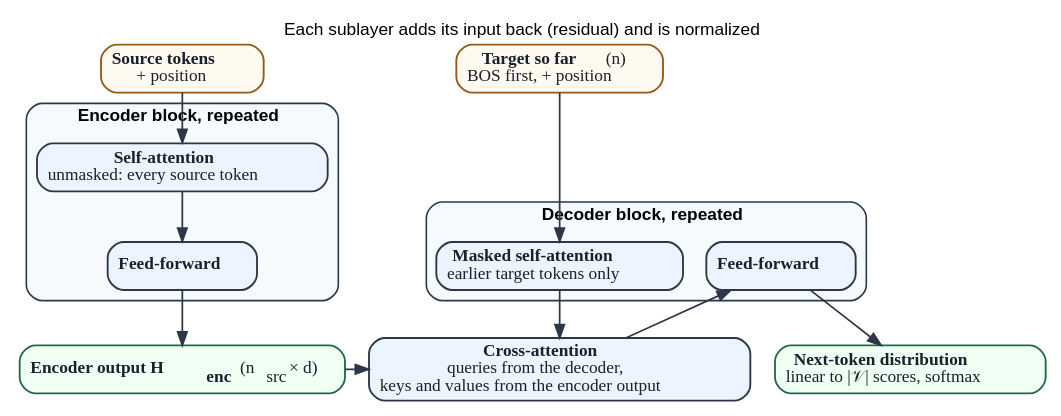
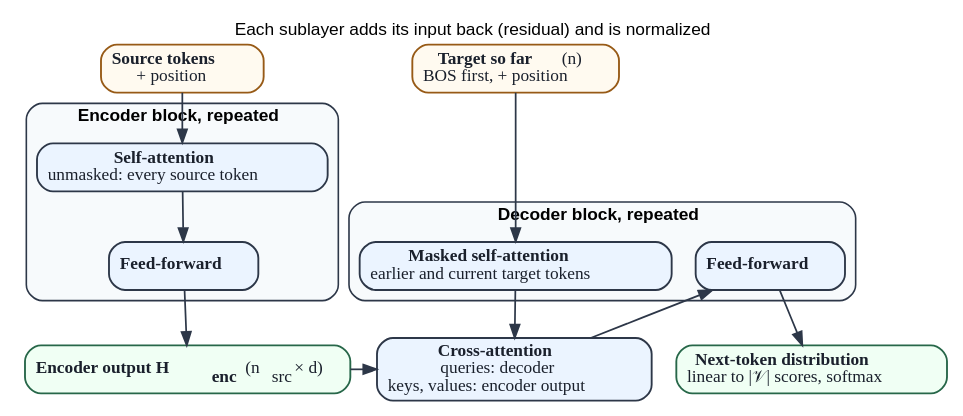
Before and after one commit to Beaker12/llmatlas: the diagram in chapters/01-foundations/figures/encoder_decoder.dot, drawn with Graphviz. The commit also changed 22 other files, not shown here.

Commit message:
Chapter 1 figures: full-size subscripts, larger displayed text, cross-attention box inside its frame, decoder masks as two grids, word-frequency labels match the caption, position-cost legend clear of the data

```diff
--- a/chapters/01-foundations/figures/encoder_decoder.dot
+++ b/chapters/01-foundations/figures/encoder_decoder.dot
@@ -1,29 +1,29 @@
 digraph EncoderDecoder {
     graph [fontname="Arial" fontsize=13 bgcolor=white label=<Each sublayer adds its input back (residual) and is normalized> labelloc=t];
 
     src [label=<<b>Source tokens</b><br/>+ position> shape=box style="rounded,filled" fillcolor="#fffaf0" color="#975a16" penwidth=1.4 fontsize=13 fontcolor="#1a202c"];
     tgt [label=<<b>Target so far</b> (n)<br/>BOS first, + position> shape=box style="rounded,filled" fillcolor="#fffaf0" color="#975a16" penwidth=1.4 fontsize=13 fontcolor="#1a202c"];
     { rank=same; src; tgt; }
     subgraph cluster_enc {
         label=<<b>Encoder block, repeated</b>>; fontsize=13; style="rounded,filled"; fillcolor="#f7fafc"; color="#2d3748"; penwidth=1.2;
         esa [label=<<b>Self-attention</b><br/>unmasked: every source token> shape=box style="rounded,filled" fillcolor="#ebf4ff" color="#2d3748" penwidth=1.4 fontsize=13 fontcolor="#1a202c"];
         eff [label=<<b>Feed-forward</b>> shape=box style="rounded,filled" fillcolor="#ebf4ff" color="#2d3748" penwidth=1.4 fontsize=13 fontcolor="#1a202c"];
     }
     subgraph cluster_dec {
         label=<<b>Decoder block, repeated</b>>; fontsize=13; style="rounded,filled"; fillcolor="#f7fafc"; color="#2d3748"; penwidth=1.2;
-        dsa [label=<<b>Masked self-attention</b><br/>earlier target tokens only> shape=box style="rounded,filled" fillcolor="#ebf4ff" color="#2d3748" penwidth=1.4 fontsize=13 fontcolor="#1a202c"];
-        dca [label=<<b>Cross-attention</b><br/>queries from the decoder,<br/>keys and values from the encoder output> shape=box style="rounded,filled" fillcolor="#ebf4ff" color="#2d3748" penwidth=1.4 fontsize=13 fontcolor="#1a202c"];
+        dsa [label=<<b>Masked self-attention</b><br/>earlier and current target tokens> shape=box style="rounded,filled" fillcolor="#ebf4ff" color="#2d3748" penwidth=1.4 fontsize=13 fontcolor="#1a202c"];
+        dca [label=<<b>Cross-attention</b><br/>queries: decoder<br/>keys, values: encoder output> shape=box style="rounded,filled" fillcolor="#ebf4ff" color="#2d3748" penwidth=1.4 fontsize=13 fontcolor="#1a202c"];
         dff [label=<<b>Feed-forward</b>> shape=box style="rounded,filled" fillcolor="#ebf4ff" color="#2d3748" penwidth=1.4 fontsize=13 fontcolor="#1a202c"];
     }
     h [label=<<b>Encoder output H<sub>enc</sub></b>  (n<sub>src</sub> × d)> shape=box style="rounded,filled" fillcolor="#f0fff4" color="#276749" penwidth=1.4 fontsize=13 fontcolor="#1a202c"];
     p [label=<<b>Next-token distribution</b><br/>linear to |𝒱| scores, softmax> shape=box style="rounded,filled" fillcolor="#f0fff4" color="#276749" penwidth=1.4 fontsize=13 fontcolor="#1a202c"];
     { rank=same; h; dca; }
     src -> esa [color="#2d3748" penwidth=1.3 fontsize=12 fontcolor="#1a202c"];
     esa -> eff [color="#2d3748" penwidth=1.3 fontsize=12 fontcolor="#1a202c"];
     eff -> h [color="#2d3748" penwidth=1.3 fontsize=12 fontcolor="#1a202c"];
     tgt -> dsa [color="#2d3748" penwidth=1.3 fontsize=12 fontcolor="#1a202c"];
     dsa -> dca [color="#2d3748" penwidth=1.3 fontsize=12 fontcolor="#1a202c"];
     dca -> dff [color="#2d3748" penwidth=1.3 fontsize=12 fontcolor="#1a202c"];
     dff -> p [color="#2d3748" penwidth=1.3 fontsize=12 fontcolor="#1a202c"];
     h -> dca [color="#2d3748" penwidth=1.3 fontsize=12 fontcolor="#1a202c"];
 }
```
